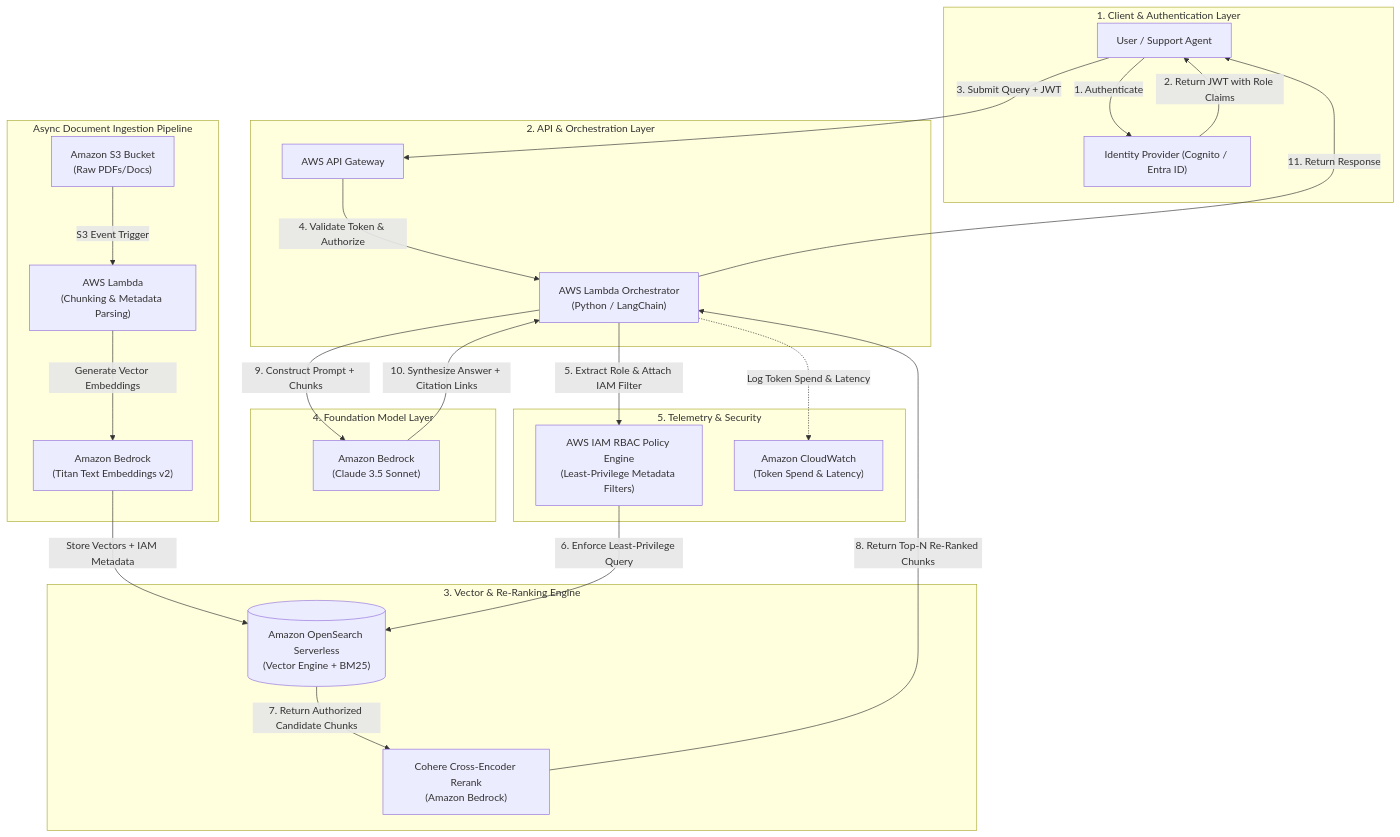
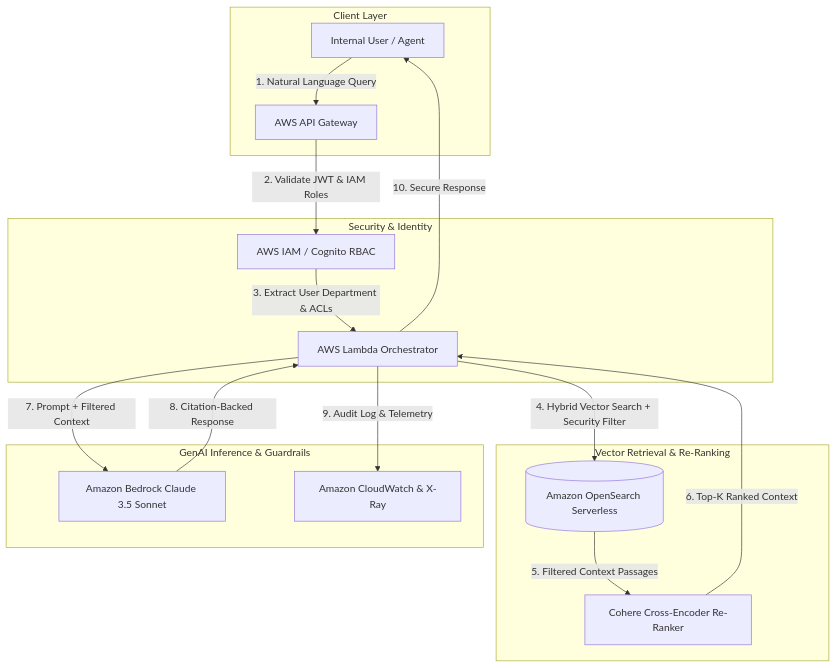
The second of 3 diagrams in README.md (maralackdavid/aws-permission-aware-rag-engine), drawn with Mermaid before and after one commit. The commit also changed other lines of this file, not shown here.

First line of the commit message:
Revise README for project overview and governance details

````diff
--- a/README.md
+++ b/README.md
@@ -54,53 +129,24 @@
 ```mermaid
 graph TD
-    subgraph ClientLayer ["1. Client & Authentication Layer"]
-        User["User / Support Agent"]
-        IdP["Identity Provider (Cognito / Entra ID)"]
+    subgraph Client Layer
+        User[Internal User / Agent] -->|1. Natural Language Query| APIGW[AWS API Gateway]
     end
 
-    subgraph IngestionPipeline ["Async Document Ingestion Pipeline"]
-        S3Docs["Amazon S3 Bucket<br/>(Raw PDFs/Docs)"]
-        IngestLambda["AWS Lambda<br/>(Chunking & Metadata Parsing)"]
-        TitanEmbed["Amazon Bedrock<br/>(Titan Text Embeddings v2)"]
+    subgraph Security & Identity
+        APIGW -->|2. Validate JWT & IAM Roles| IdP[AWS IAM / Cognito RBAC]
+        IdP -->|3. Extract User Department & ACLs| Orchestrator[AWS Lambda Orchestrator]
     end
 
-    subgraph CoreOrchestration ["2. API & Orchestration Layer"]
-        APIGW["AWS API Gateway"]
-        Orchestrator["AWS Lambda Orchestrator<br/>(Python / LangChain)"]
+    subgraph Vector Retrieval & Re-Ranking
+        Orchestrator -->|4. Hybrid Vector Search + Security Filter| OpenSearch[(Amazon OpenSearch Serverless)]
+        OpenSearch -->|5. Filtered Context Passages| ReRanker[Cohere Cross-Encoder Re-Ranker]
+        ReRanker -->|6. Top-K Ranked Context| Orchestrator
     end
 
-    subgraph SearchAndRetrieval ["3. Vector & Re-Ranking Engine"]
-        OpenSearch[("Amazon OpenSearch Serverless<br/>(Vector Engine + BM25)")]
-        ReRanker["Cohere Cross-Encoder Rerank<br/>(Amazon Bedrock)"]
+    subgraph GenAI Inference & Guardrails
+        Orchestrator -->|7. Prompt + Filtered Context| Bedrock[Amazon Bedrock Claude 3.5 Sonnet]
+        Bedrock -->|8. Citation-Backed Response| Orchestrator
+        Orchestrator -->|9. Audit Log & Telemetry| CloudWatch[Amazon CloudWatch & X-Ray]
+        Orchestrator -->|10. Secure Response| User
     end
-
-    subgraph InferenceLayer ["4. Foundation Model Layer"]
-        BedrockLLM["Amazon Bedrock<br/>(Claude 3.5 Sonnet)"]
-    end
-
-    subgraph GovernanceAndTelemetry ["5. Telemetry & Security"]
-        IAMRBAC["AWS IAM RBAC Policy Engine<br/>(Least-Privilege Metadata Filters)"]
-        CloudWatch["Amazon CloudWatch<br/>(Token Spend & Latency)"]
-    end
-
-    %% Ingestion Flow
-    S3Docs -->|S3 Event Trigger| IngestLambda
-    IngestLambda -->|Generate Vector Embeddings| TitanEmbed
-    TitanEmbed -->|Store Vectors + IAM Metadata| OpenSearch
-
-    %% Query Flow
-    User -->|1. Authenticate| IdP
-    IdP -->|2. Return JWT with Role Claims| User
-    User -->|3. Submit Query + JWT| APIGW
-    APIGW -->|4. Validate Token & Authorize| Orchestrator
-    Orchestrator -->|5. Extract Role & Attach IAM Filter| IAMRBAC
-    IAMRBAC -->|6. Enforce Least-Privilege Query| OpenSearch
-    OpenSearch -->|7. Return Authorized Candidate Chunks| ReRanker
-    ReRanker -->|8. Return Top-N Re-Ranked Chunks| Orchestrator
-    Orchestrator -->|9. Construct Prompt + Chunks| BedrockLLM
-    BedrockLLM -->|10. Synthesize Answer + Citation Links| Orchestrator
-    Orchestrator -->|11. Return Response| User
-
-    %% Telemetry
-    Orchestrator -.->|Log Token Spend & Latency| CloudWatch
 ```
````
